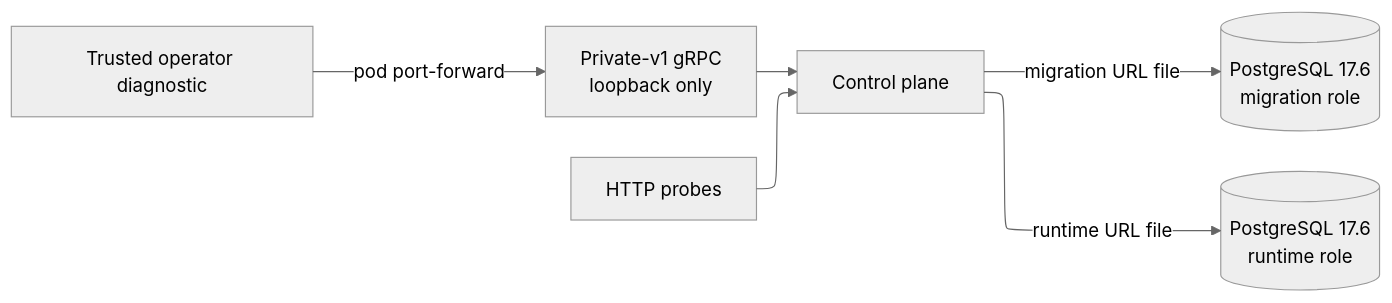
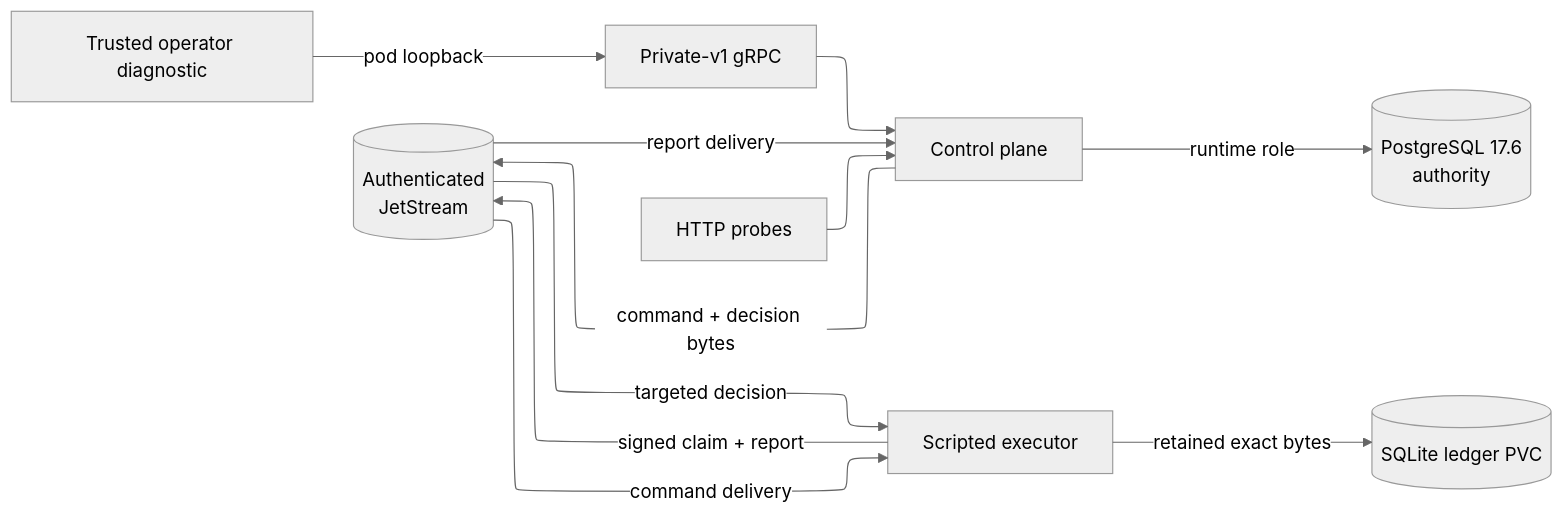
Before and after one commit to ayni-oss/orchestrator: the diagram in docs/technical/architecture/architecture.md, drawn with Mermaid. The commit also changed other lines of this file and 64 other files, not shown here.

First line of the commit message:
feat(workflow): add authenticated executor handoff (#232)

````diff
--- a/docs/technical/architecture/architecture.md
+++ b/docs/technical/architecture/architecture.md
@@ -9,14 +9,19 @@
 ```mermaid
 ---
 config:
   theme: neutral
   look: classic
   layout: elk
 ---
 flowchart LR
-    D[Trusted operator diagnostic] -->|pod port-forward| G[Private-v1 gRPC\nloopback only]
+    D[Trusted operator diagnostic] -->|pod loopback| G[Private-v1 gRPC]
     G --> C[Control plane]
-    C -->|migration URL file| M[(PostgreSQL 17.6\nmigration role)]
-    C -->|runtime URL file| R[(PostgreSQL 17.6\nruntime role)]
     H[HTTP probes] --> C
+    C -->|runtime role| P[(PostgreSQL 17.6\nauthority)]
+    C -->|command + decision bytes| J[(Authenticated\nJetStream)]
+    J -->|command delivery| E[Scripted executor]
+    E -->|signed claim + report| J
+    E -->|retained exact bytes| L[(SQLite ledger PVC)]
+    J -->|report delivery| C
+    J -->|targeted decision| E
 ```
````
